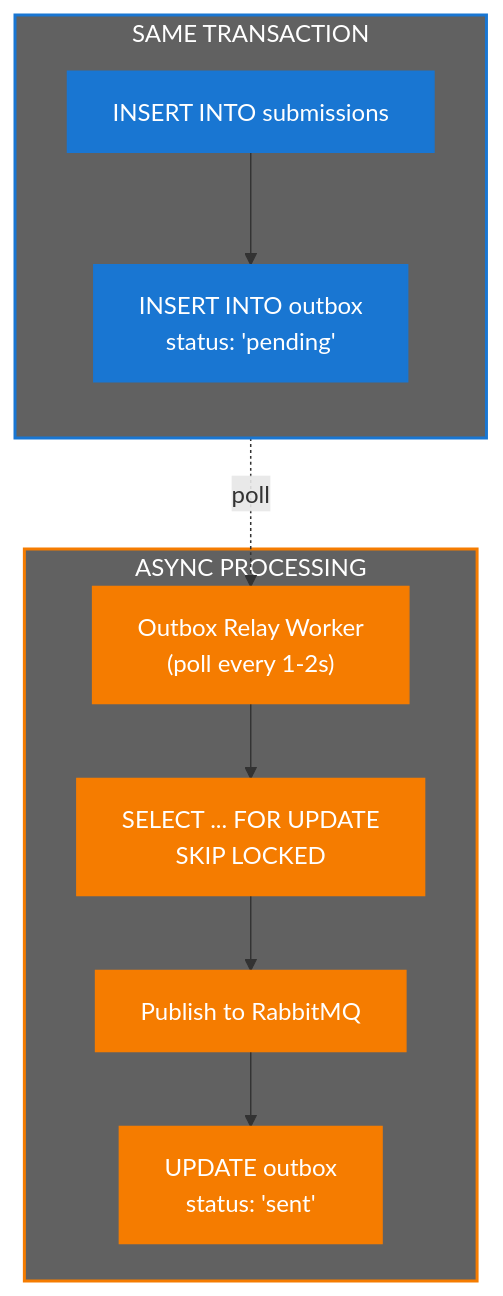
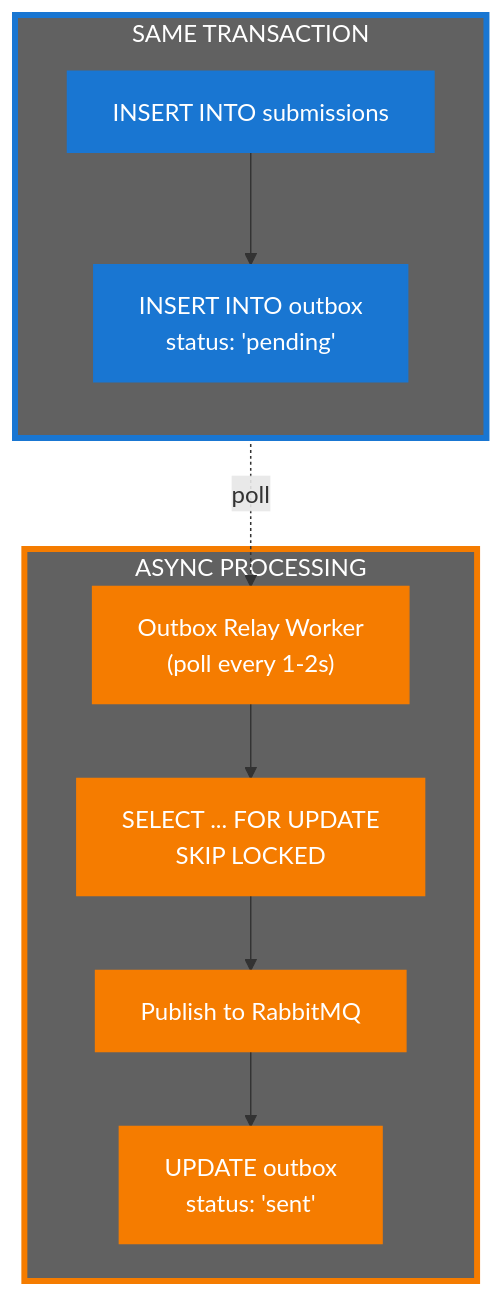
Before and after one commit to nghyane/VSTEP: the sixth of 12 diagrams in docs/capstone/diagrams/flow-diagrams.vi.md, drawn with Mermaid. The commit also changed other lines of this file, not shown here.

First line of the commit message:
fix(docs): increase box stroke width to 4px for better visibility

````diff
--- a/docs/capstone/diagrams/flow-diagrams.vi.md
+++ b/docs/capstone/diagrams/flow-diagrams.vi.md
@@ -340,32 +340,32 @@
 ```mermaid
 flowchart TB
     subgraph Transaction["SAME TRANSACTION"]
         direction TB
         Sub["INSERT INTO submissions"]
         Outbox["INSERT INTO outbox\nstatus: 'pending'"]
     end
 
     subgraph Async["ASYNC PROCESSING"]
         Relay["Outbox Relay Worker\n(poll every 1-2s)"]
         Lock["SELECT ... FOR UPDATE\nSKIP LOCKED"]
         Publish["Publish to RabbitMQ"]
         Confirm["UPDATE outbox\nstatus: 'sent'"]
     end
 
     Sub --> Outbox
     Outbox -.->|"poll"| Relay --> Lock --> Publish --> Confirm
 
     %% Nodes
     classDef trans fill:#1976d2,stroke:#1976d2,color:#fff
     classDef async fill:#f57c00,stroke:#f57c00,color:#fff
 
     %% Boxes
-    classDef transBox fill:#616161,stroke:#1976d2,stroke-width:2px,color:#fff
-    classDef asyncBox fill:#616161,stroke:#f57c00,stroke-width:2px,color:#fff
+    classDef transBox fill:#616161,stroke:#1976d2,stroke-width:4px,color:#fff
+    classDef asyncBox fill:#616161,stroke:#f57c00,stroke-width:4px,color:#fff
 
     class Transaction transBox
     class Async asyncBox
 
     class Sub,Outbox trans
     class Relay,Lock,Publish,Confirm async
 ```
````
